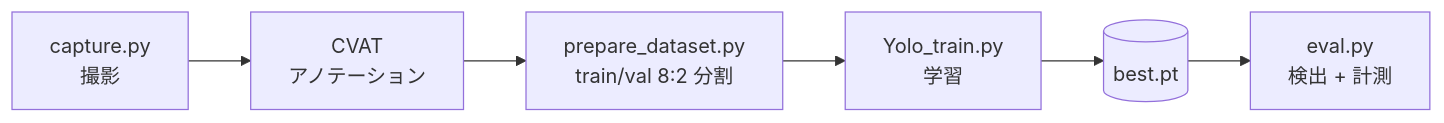
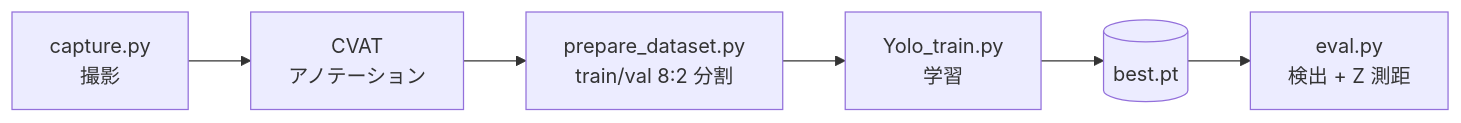
The first of 2 diagrams in README.md (Tkaki-W/tumor_detector), drawn with Mermaid before and after one commit. The commit also changed other lines of this file, not shown here.

````diff
--- a/README.md
+++ b/README.md
@@ -17,8 +17,8 @@
 ```mermaid
 flowchart LR
     A["capture.py<br>撮影"] --> B["CVAT<br>アノテーション"]
     B --> C["prepare_dataset.py<br>train/val 8:2 分割"]
     C --> D["Yolo_train.py<br>学習"]
     D --> E[("best.pt")]
-    E --> F["eval.py<br>検出 + 計測"]
+    E --> F["eval.py<br>検出 + Z 測距"]
 ```
````
